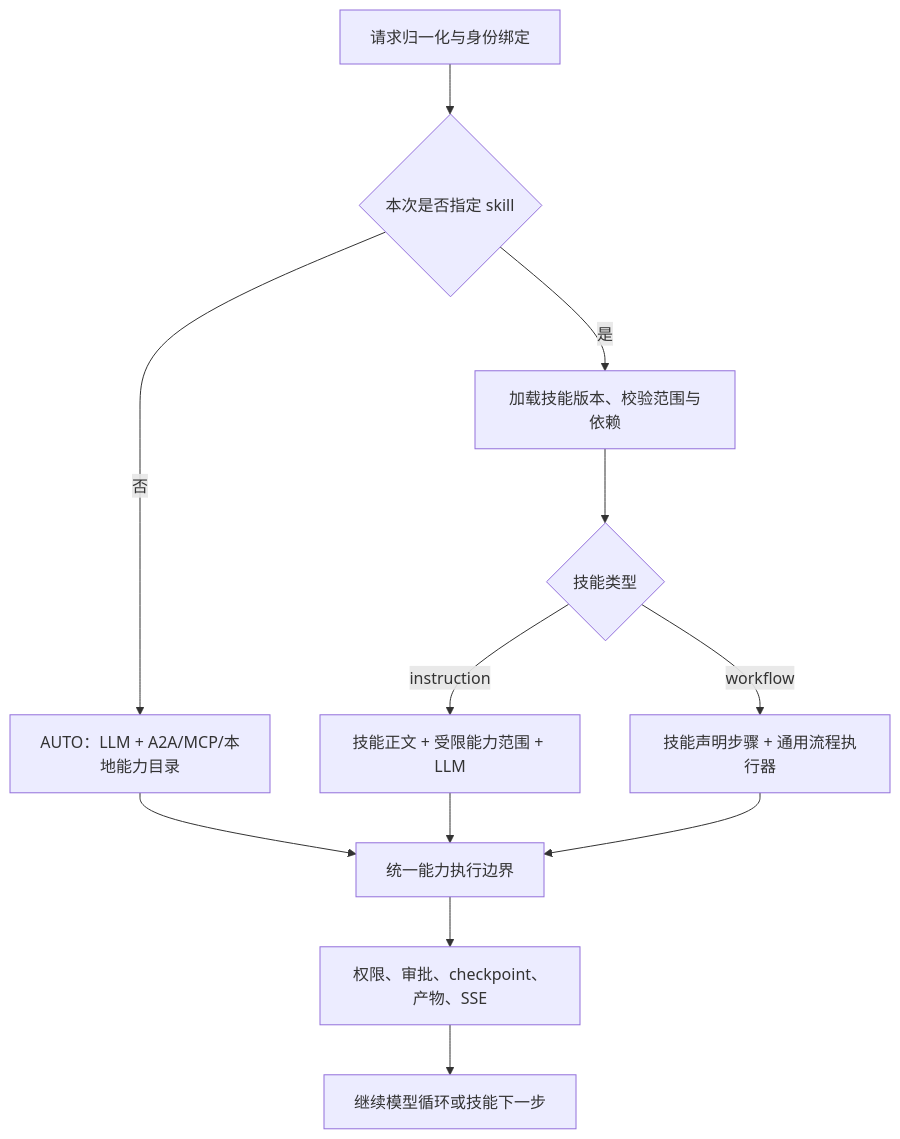
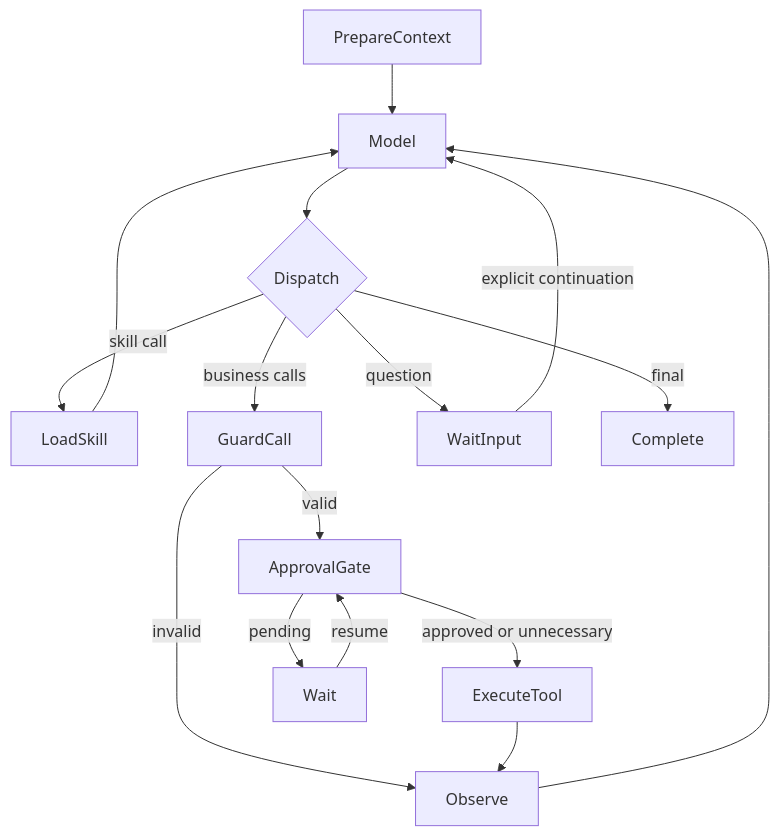
Before and after one commit to crj-tik/BkAnentProject: the diagram in openspec/changes/realign-supervisor-tool-and-skill-orchestration/design.md, drawn with Mermaid. The commit also changed other lines of this file and 9 other files, not shown here.

````diff
--- a/openspec/changes/realign-supervisor-tool-and-skill-orchestration/design.md
+++ b/openspec/changes/realign-supervisor-tool-and-skill-orchestration/design.md
@@ -45,14 +121,18 @@
 ```mermaid
 flowchart TD
-  R[请求归一化与身份绑定] --> S{本次是否指定 skill}
-  S -->|否| A[AUTO：LLM + A2A/MCP/本地能力目录]
-  S -->|是| V[加载技能版本、校验范围与依赖]
-  V --> K{技能类型}
-  K -->|instruction| I[技能正文 + 受限能力范围 + LLM]
-  K -->|workflow| W[技能声明步骤 + 通用流程执行器]
-  A --> T[统一能力执行边界]
-  I --> T
-  W --> T
-  T --> G[权限、审批、checkpoint、产物、SSE]
-  G --> C[继续模型循环或技能下一步]
+  P[PrepareContext] --> M[Model]
+  M --> D{Dispatch}
+  D -->|skill call| L[LoadSkill]
+  L --> M
+  D -->|business calls| V[GuardCall]
+  V -->|valid| A[ApprovalGate]
+  V -->|invalid| O[Observe]
+  A -->|approved or unnecessary| E[ExecuteTool]
+  A -->|pending| W[Wait]
+  W -->|resume| A
+  E --> O
+  O --> M
+  D -->|question| Q[WaitInput]
+  Q -->|explicit continuation| M
+  D -->|final| F[Complete]
 ```
````
